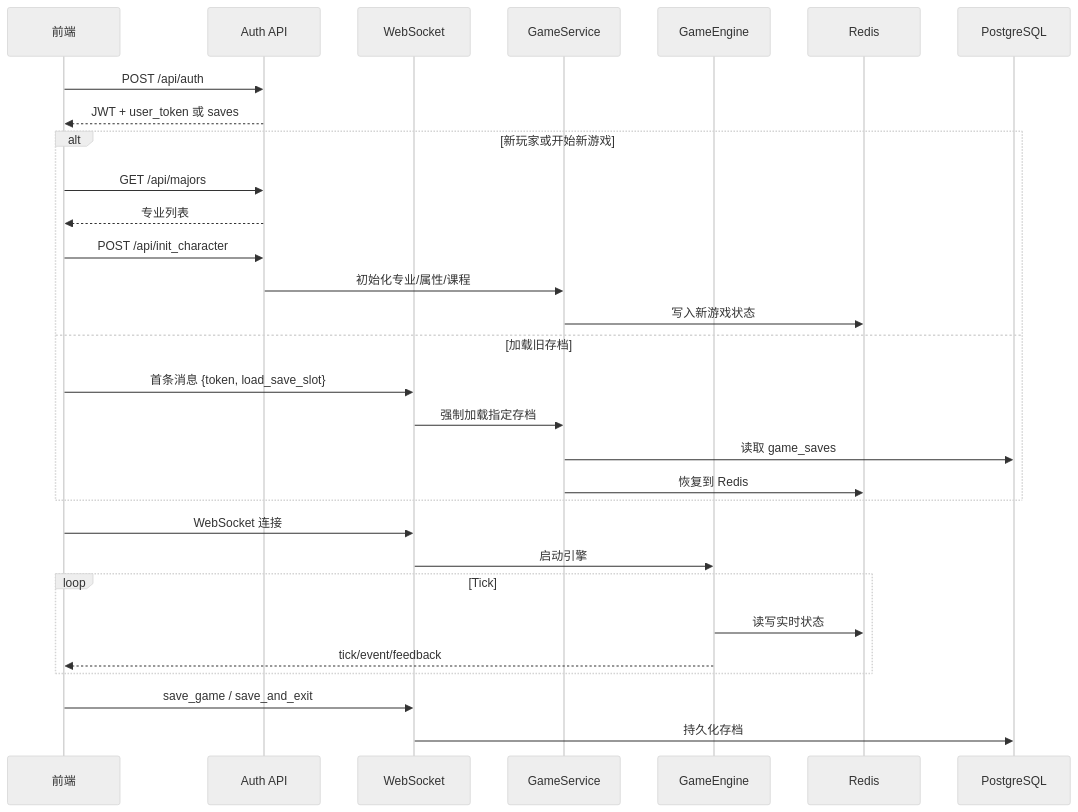
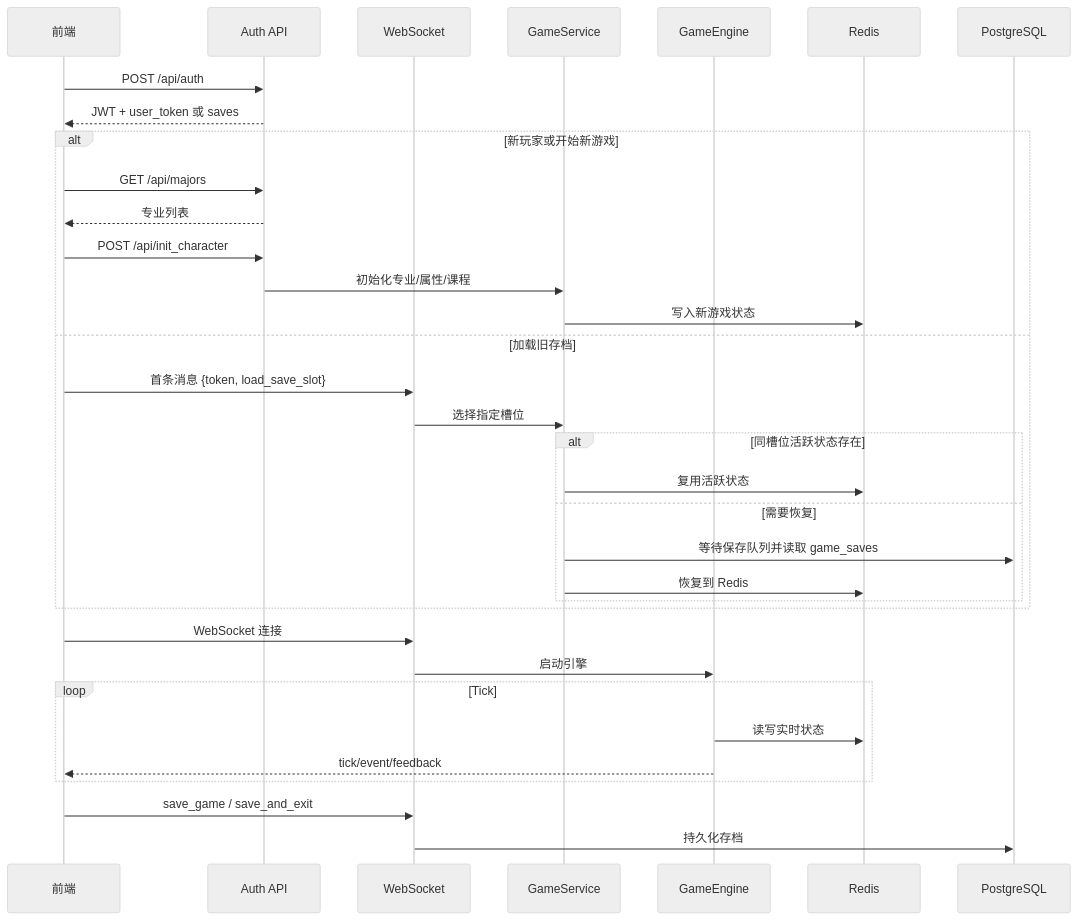
One commit to pirate-608/ZJUers_simulator changed the second of 2 diagrams in docs/dev/framework/backend_framework.md. Above: the diagram before and after it, drawn with Mermaid (neutral theme). The commit also changed other lines of this file and 40 other files, not shown here.

````diff
--- a/docs/dev/framework/backend_framework.md
+++ b/docs/dev/framework/backend_framework.md
@@ -334,33 +350,37 @@
 ```mermaid
 sequenceDiagram
     participant C as 前端
     participant A as Auth API
     participant W as WebSocket
     participant G as GameService
     participant E as GameEngine
     participant R as Redis
     participant D as PostgreSQL
 
     C->>A: POST /api/auth
     A-->>C: JWT + user_token 或 saves
     alt 新玩家或开始新游戏
         C->>A: GET /api/majors
         A-->>C: 专业列表
         C->>A: POST /api/init_character
         A->>G: 初始化专业/属性/课程
         G->>R: 写入新游戏状态
     else 加载旧存档
         C->>W: 首条消息 {token, load_save_slot}
-        W->>G: 强制加载指定存档
-        G->>D: 读取 game_saves
-        G->>R: 恢复到 Redis
+        W->>G: 选择指定槽位
+        alt 同槽位活跃状态存在
+            G->>R: 复用活跃状态
+        else 需要恢复
+            G->>D: 等待保存队列并读取 game_saves
+            G->>R: 恢复到 Redis
+        end
     end
     C->>W: WebSocket 连接
     W->>E: 启动引擎
     loop Tick
         E->>R: 读写实时状态
         E-->>C: tick/event/feedback
     end
     C->>W: save_game / save_and_exit
     W->>D: 持久化存档
 ```
````
